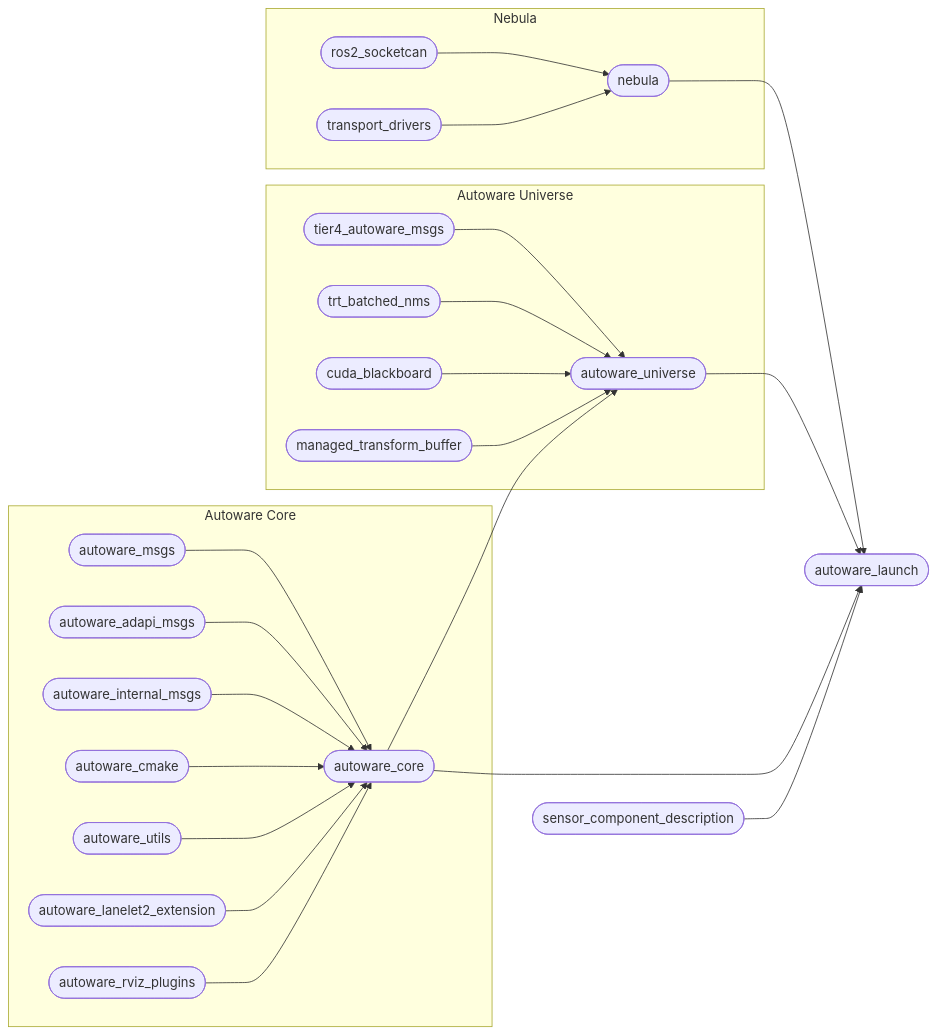
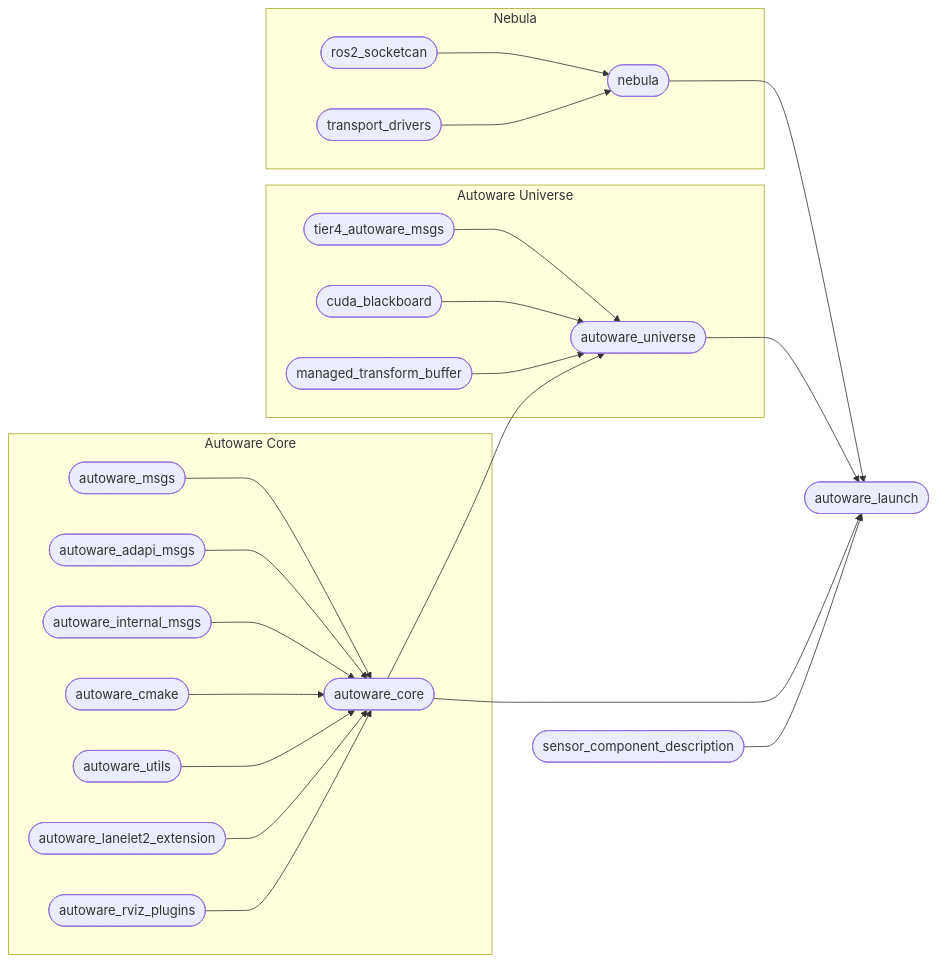
Before and after one commit to autowarefoundation/autoware-documentation: the diagram in docs/design/repository-structure.md, drawn with Mermaid. The commit also changed 2 other files, not shown here.

Commit message:
docs: drop tensorrt_rtmdet and trt_batched_nms references (#822)
autoware_tensorrt_rtmdet was never merged into autoware_universe, so the
tensorrt_rtmdet model artifact and its trt_batched_nms TensorRT plugin are
being removed from the meta-repo. See autowarefoundation/autoware#7252.

The two demo pages print an expected listing of ~/autoware_data/ml_models that
readers compare against their own install, so leaving tensorrt_rtmdet there
would make a correct install look incomplete once the ansible task is dropped.

Also remove trt_batched_nms from the repository structure diagram, both the
node declaration and its edge into autoware_universe.

````diff
--- a/docs/design/repository-structure.md
+++ b/docs/design/repository-structure.md
@@ -11,66 +11,64 @@
 ```mermaid
 flowchart LR
 
 %% ====================
 %% Autoware Core
 %% ====================
 subgraph AutowareCore["Autoware Core"]
     AM([autoware_msgs])
     AAM([autoware_adapi_msgs])
     AIM([autoware_internal_msgs])
     ACM([autoware_cmake])
     AU([autoware_utils])
     AL2([autoware_lanelet2_extension])
     ARP([autoware_rviz_plugins])
     AC([autoware_core])
 
     AM --> AC
     AAM --> AC
     AIM --> AC
     ACM --> AC
     AU --> AC
     AL2 --> AC
     ARP --> AC
 end
 
 %% ====================
 %% Autoware Universe
 %% ====================
 subgraph AutowareUniverse["Autoware Universe"]
     T4([tier4_autoware_msgs])
-    TBNMS([trt_batched_nms])
     CB([cuda_blackboard])
     MTB([managed_transform_buffer])
     U([autoware_universe])
 
     T4 --> U
-    TBNMS --> U
     CB --> U
     MTB --> U
 end
 
 AC --> U
 
 %% ====================
 %% Nebula
 %% ====================
 subgraph Nebula["Nebula"]
     RSC([ros2_socketcan])
     TD([transport_drivers])
     N([nebula])
 
     RSC --> N
     TD --> N
 end
 
 %% ====================
 %% Launch
 %% ====================
 L([autoware_launch])
 SCD([sensor_component_description])
 
 N --> L
 U --> L
 AC --> L
 SCD --> L
 ```
````
